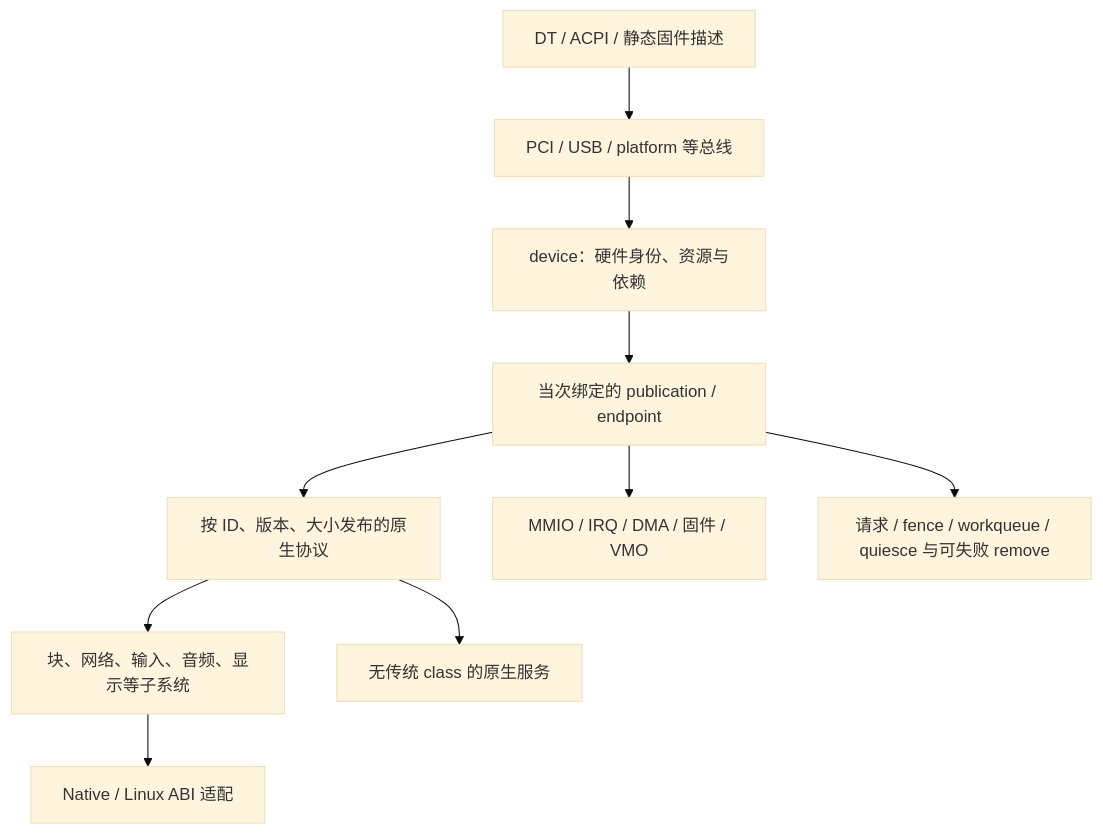
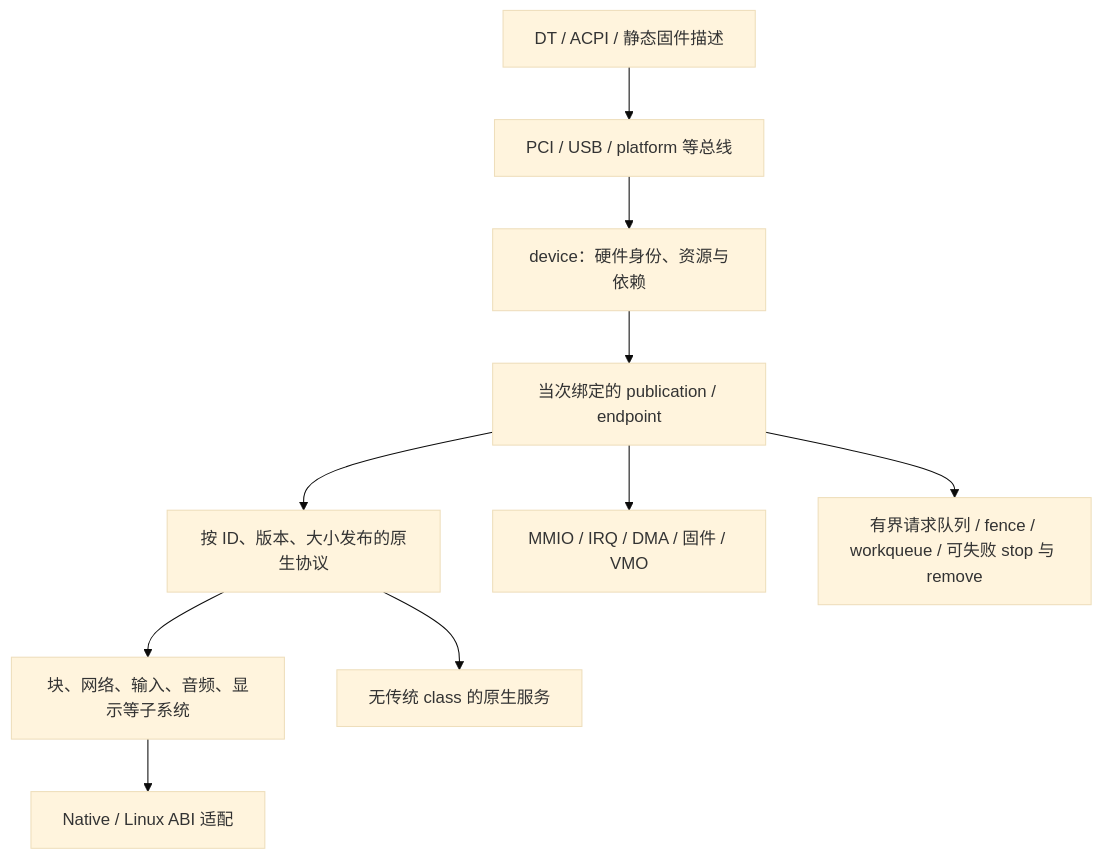
Before and after one commit to fQwQf/A20OS: the diagram in docs/drivers/guide/core-model.md, drawn with Mermaid (base theme). The commit also changed other lines of this file and 30 other files, not shown here.

````diff
--- a/docs/drivers/guide/core-model.md
+++ b/docs/drivers/guide/core-model.md
@@ -9,12 +9,12 @@
 ```mermaid
 flowchart TD
     F[DT / ACPI / 静态固件描述] --> B[PCI / USB / platform 等总线]
     B --> D[device：硬件身份、资源与依赖]
     D --> E[当次绑定的 publication / endpoint]
     E --> P[按 ID、版本、大小发布的原生协议]
     P --> C[块、网络、输入、音频、显示等子系统]
     P --> N[无传统 class 的原生服务]
     C --> A[Native / Linux ABI 适配]
     E --> R[MMIO / IRQ / DMA / 固件 / VMO]
-    E --> X[请求 / fence / workqueue / quiesce 与可失败 remove]
+    E --> X[有界请求队列 / fence / workqueue / 可失败 stop 与 remove]
 ```
````
